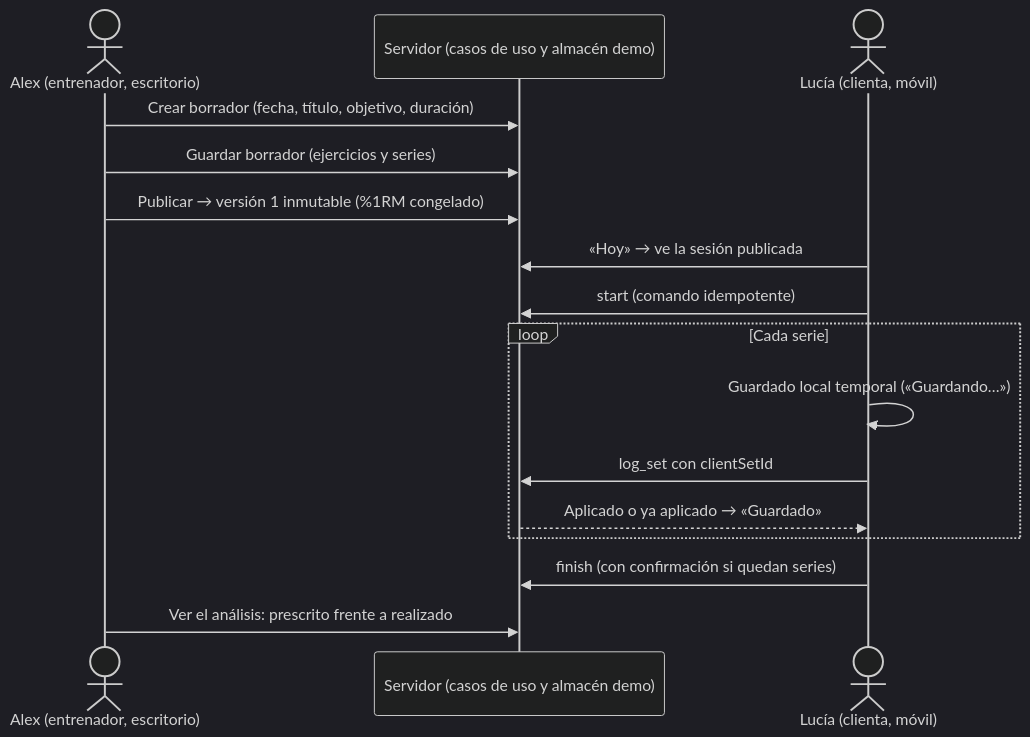
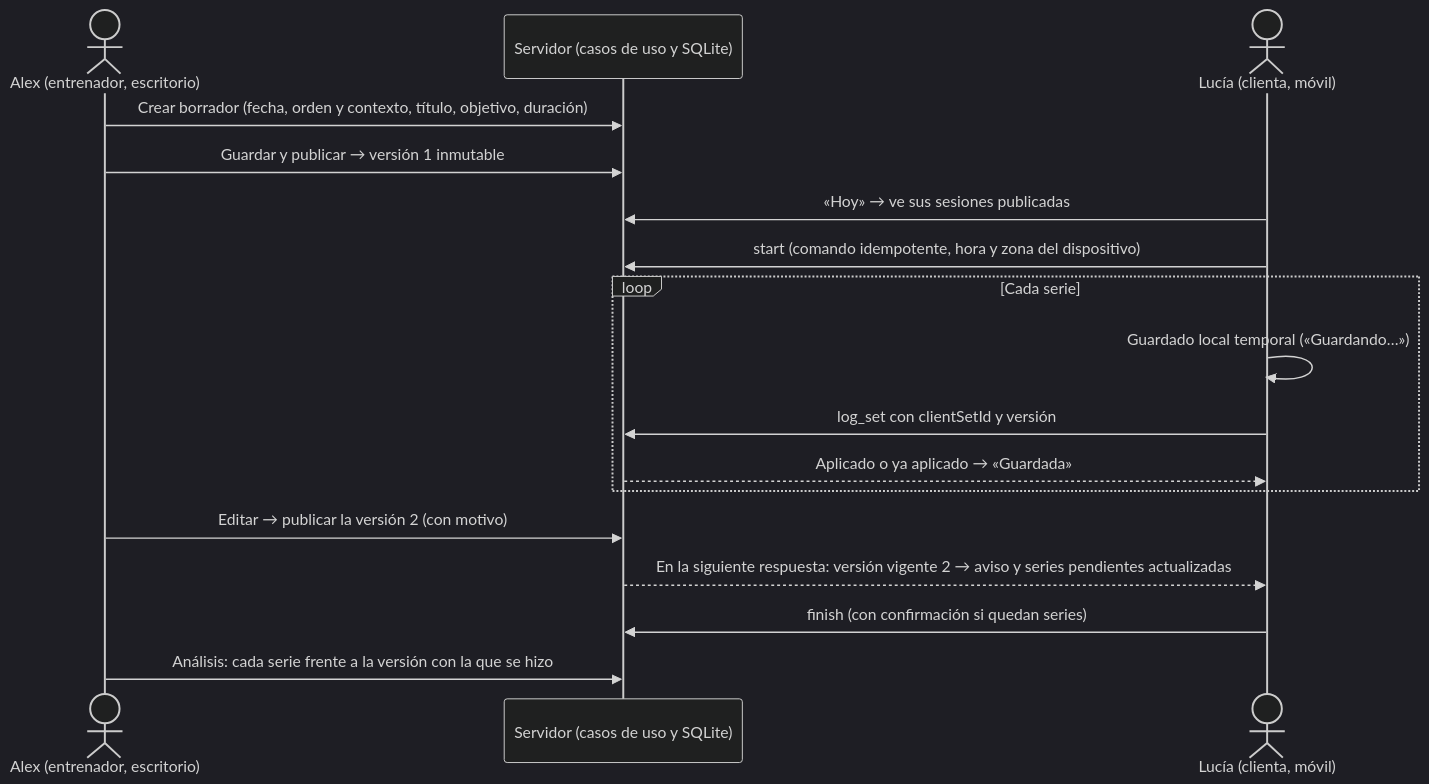
Before and after one commit to davidperez29-jpg/david: the first of 3 diagrams in docs/V1_SPEC.md, drawn with Mermaid (dark theme). The commit also changed other lines of this file and 9 other files, not shown here.

````diff
--- a/docs/V1_SPEC.md
+++ b/docs/V1_SPEC.md
@@ -49,18 +57,19 @@
 ```mermaid
 sequenceDiagram
   actor A as Alex (entrenador, escritorio)
-  participant S as Servidor (casos de uso y almacén demo)
+  participant S as Servidor (casos de uso y SQLite)
   actor L as Lucía (clienta, móvil)
-  A->>S: Crear borrador (fecha, título, objetivo, duración)
-  A->>S: Guardar borrador (ejercicios y series)
-  A->>S: Publicar → versión 1 inmutable (%1RM congelado)
-  L->>S: «Hoy» → ve la sesión publicada
-  L->>S: start (comando idempotente)
+  A->>S: Crear borrador (fecha, orden y contexto, título, objetivo, duración)
+  A->>S: Guardar y publicar → versión 1 inmutable
+  L->>S: «Hoy» → ve sus sesiones publicadas
+  L->>S: start (comando idempotente, hora y zona del dispositivo)
   loop Cada serie
     L->>L: Guardado local temporal («Guardando…»)
-    L->>S: log_set con clientSetId
-    S-->>L: Aplicado o ya aplicado → «Guardado»
+    L->>S: log_set con clientSetId y versión
+    S-->>L: Aplicado o ya aplicado → «Guardada»
   end
+  A->>S: Editar → publicar la versión 2 (con motivo)
+  S-->>L: En la siguiente respuesta: versión vigente 2 → aviso y series pendientes actualizadas
   L->>S: finish (con confirmación si quedan series)
-  A->>S: Ver el análisis: prescrito frente a realizado
+  A->>S: Análisis: cada serie frente a la versión con la que se hizo
 ```
````
